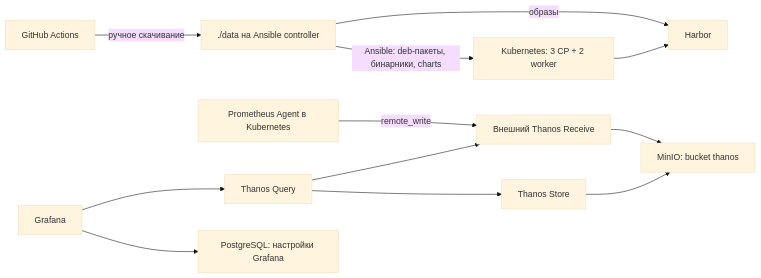
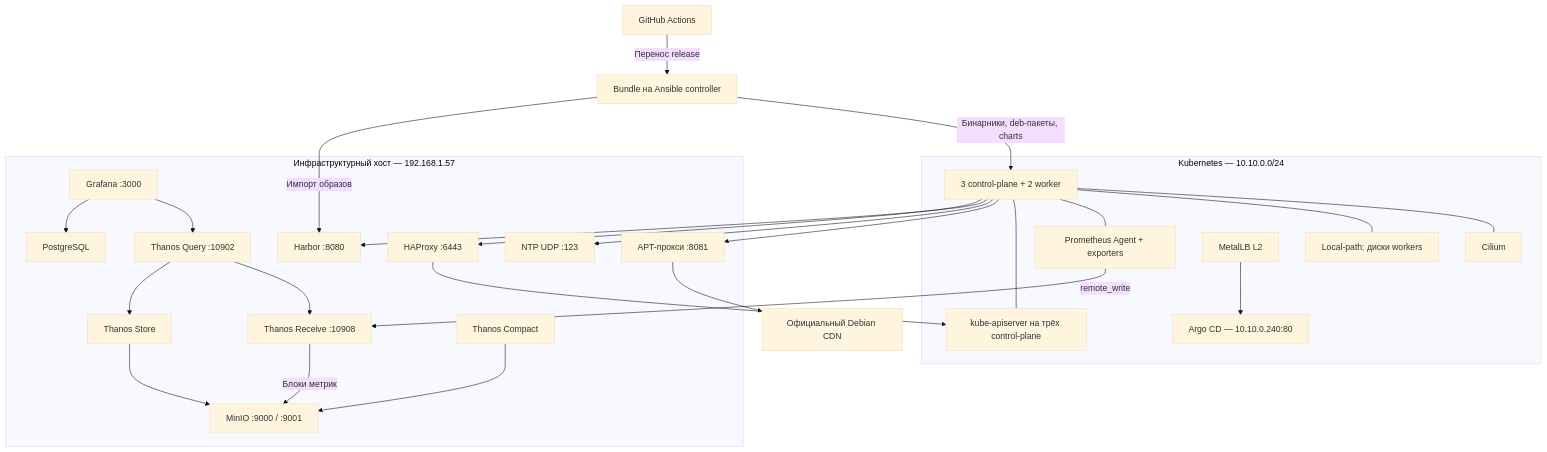
One commit to bralbral/k8s-airgap changed the diagram in README.md. Above: the diagram before and after it, drawn with Mermaid (base theme). The commit also changed other lines of this file and 16 other files, not shown here.

````diff
--- a/README.md
+++ b/README.md
@@ -23,14 +22,47 @@
 ```mermaid
-flowchart LR
-  CI[GitHub Actions] -->|ручное скачивание| Data[./data на Ansible controller]
-  Data -->|образы| Harbor[Harbor]
-  Data -->|Ansible: deb-пакеты, бинарники, charts| K8s[Kubernetes: 3 CP + 2 worker]
-  K8s --> Harbor
-  Agent[Prometheus Agent в Kubernetes] -->|remote_write| Receive[Внешний Thanos Receive]
-  Receive --> MinIO[MinIO: bucket thanos]
-  Store[Thanos Store] --> MinIO
-  Query[Thanos Query] --> Receive
+flowchart TB
+  CI[GitHub Actions] -->|Перенос release| Bundle[Bundle на Ansible controller]
+  Bundle -->|Бинарники, deb-пакеты, charts| Nodes
+  Bundle -->|Импорт образов| Harbor
+  subgraph Host[Инфраструктурный хост — 192.168.1.57]
+    Harbor[Harbor :8080]
+    APT[APT-прокси :8081]
+    NTP[NTP UDP :123]
+    LB[HAProxy :6443]
+    Grafana[Grafana :3000]
+    PG[PostgreSQL]
+    Query[Thanos Query :10902]
+    Receive[Thanos Receive :10908]
+    Store[Thanos Store]
+    Compact[Thanos Compact]
+    MinIO[MinIO :9000 / :9001]
+  end
+  subgraph Cluster[Kubernetes — 10.10.0.0/24]
+    Nodes[3 control-plane + 2 worker]
+    API[kube-apiserver на трёх control-plane]
+    CNI[Cilium]
+    Storage[Local-path: диски workers]
+    MetalLB[MetalLB L2]
+    Agent[Prometheus Agent + exporters]
+    Argo[Argo CD — 10.10.0.240:80]
+    Nodes --- CNI
+    Nodes --- Storage
+    Nodes --- Agent
+    Nodes --- API
+    MetalLB --> Argo
+  end
+  APT --> Debian[Официальный Debian CDN]
+  Nodes --> APT
+  Nodes --> NTP
+  Nodes --> Harbor
+  Nodes --> LB
+  LB --> API
+  Agent -->|remote_write| Receive
+  Receive -->|Блоки метрик| MinIO
+  Store --> MinIO
+  Compact --> MinIO
+  Query --> Receive
   Query --> Store
-  Grafana[Grafana] --> Query
-  Grafana --> PG[PostgreSQL: настройки Grafana]
+  Grafana --> Query
+  Grafana --> PG
 ```
````
